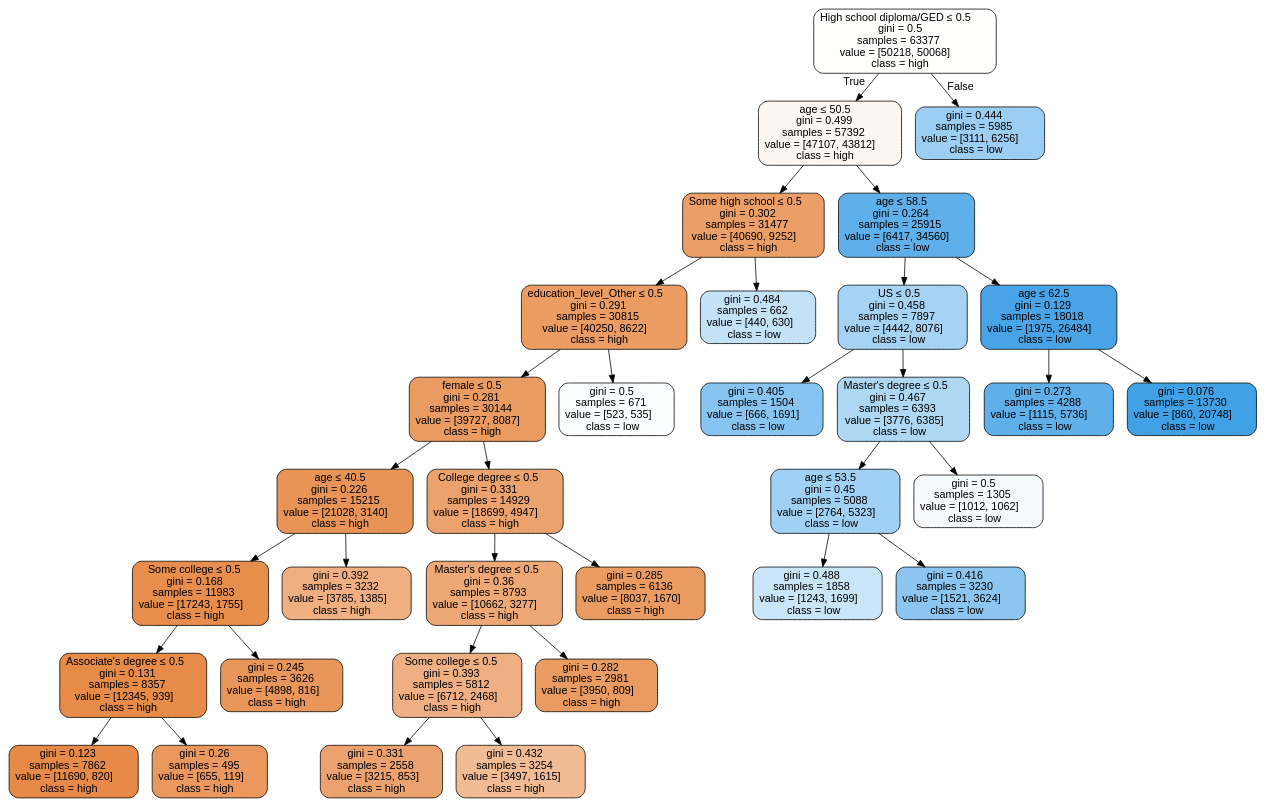
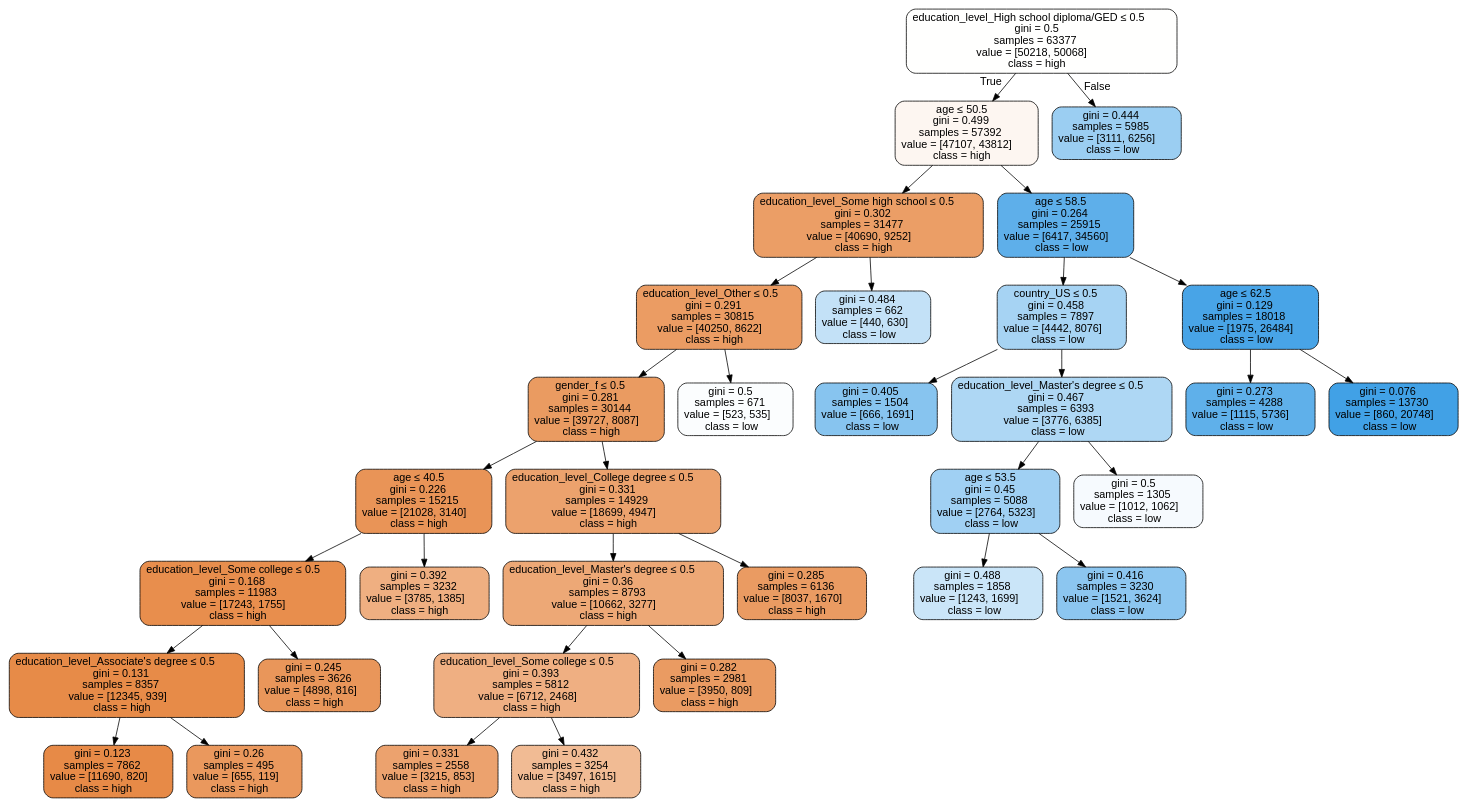
The diagram in figs/tree10.dot (shaangao/cog-pred), drawn with Graphviz before and after one commit. The commit also changed 13 other files, not shown here.

```diff
--- a/figs/tree10.dot
+++ b/figs/tree10.dot
@@ -1,69 +1,69 @@
 digraph Tree {
 node [shape=box, style="filled, rounded", color="black", fontname="helvetica"] ;
 edge [fontname="helvetica"] ;
-0 [label=<High school diploma/GED &le; 0.5<br/>gini = 0.5<br/>samples = 63377<br/>value = [50218, 50068]<br/>class = high>, fillcolor="#fffffe"] ;
+0 [label=<education_level_High school diploma/GED &le; 0.5<br/>gini = 0.5<br/>samples = 63377<br/>value = [50218, 50068]<br/>class = high>, fillcolor="#fffffe"] ;
 1 [label=<age &le; 50.5<br/>gini = 0.499<br/>samples = 57392<br/>value = [47107, 43812]<br/>class = high>, fillcolor="#fdf6f1"] ;
 0 -> 1 [labeldistance=2.5, labelangle=45, headlabel="True"] ;
-3 [label=<Some high school &le; 0.5<br/>gini = 0.302<br/>samples = 31477<br/>value = [40690, 9252]<br/>class = high>, fillcolor="#eb9e66"] ;
+3 [label=<education_level_Some high school &le; 0.5<br/>gini = 0.302<br/>samples = 31477<br/>value = [40690, 9252]<br/>class = high>, fillcolor="#eb9e66"] ;
 1 -> 3 ;
 7 [label=<education_level_Other &le; 0.5<br/>gini = 0.291<br/>samples = 30815<br/>value = [40250, 8622]<br/>class = high>, fillcolor="#eb9c63"] ;
 3 -> 7 ;
-9 [label=<female &le; 0.5<br/>gini = 0.281<br/>samples = 30144<br/>value = [39727, 8087]<br/>class = high>, fillcolor="#ea9b61"] ;
+9 [label=<gender_f &le; 0.5<br/>gini = 0.281<br/>samples = 30144<br/>value = [39727, 8087]<br/>class = high>, fillcolor="#ea9b61"] ;
 7 -> 9 ;
 13 [label=<age &le; 40.5<br/>gini = 0.226<br/>samples = 15215<br/>value = [21028, 3140]<br/>class = high>, fillcolor="#e99457"] ;
 9 -> 13 ;
-15 [label=<Some college &le; 0.5<br/>gini = 0.168<br/>samples = 11983<br/>value = [17243, 1755]<br/>class = high>, fillcolor="#e88e4d"] ;
+15 [label=<education_level_Some college &le; 0.5<br/>gini = 0.168<br/>samples = 11983<br/>value = [17243, 1755]<br/>class = high>, fillcolor="#e88e4d"] ;
 13 -> 15 ;
-23 [label=<Associate's degree &le; 0.5<br/>gini = 0.131<br/>samples = 8357<br/>value = [12345, 939]<br/>class = high>, fillcolor="#e78b48"] ;
+23 [label=<education_level_Associate's degree &le; 0.5<br/>gini = 0.131<br/>samples = 8357<br/>value = [12345, 939]<br/>class = high>, fillcolor="#e78b48"] ;
 15 -> 23 ;
 31 [label=<gini = 0.123<br/>samples = 7862<br/>value = [11690, 820]<br/>class = high>, fillcolor="#e78a47"] ;
 23 -> 31 ;
 32 [label=<gini = 0.26<br/>samples = 495<br/>value = [655, 119]<br/>class = high>, fillcolor="#ea985d"] ;
 23 -> 32 ;
 24 [label=<gini = 0.245<br/>samples = 3626<br/>value = [4898, 816]<br/>class = high>, fillcolor="#e9965a"] ;
 15 -> 24 ;
 16 [label=<gini = 0.392<br/>samples = 3232<br/>value = [3785, 1385]<br/>class = high>, fillcolor="#efaf81"] ;
 13 -> 16 ;
-14 [label=<College degree &le; 0.5<br/>gini = 0.331<br/>samples = 14929<br/>value = [18699, 4947]<br/>class = high>, fillcolor="#eca26d"] ;
+14 [label=<education_level_College degree &le; 0.5<br/>gini = 0.331<br/>samples = 14929<br/>value = [18699, 4947]<br/>class = high>, fillcolor="#eca26d"] ;
 9 -> 14 ;
-17 [label=<Master's degree &le; 0.5<br/>gini = 0.36<br/>samples = 8793<br/>value = [10662, 3277]<br/>class = high>, fillcolor="#eda876"] ;
+17 [label=<education_level_Master's degree &le; 0.5<br/>gini = 0.36<br/>samples = 8793<br/>value = [10662, 3277]<br/>class = high>, fillcolor="#eda876"] ;
 14 -> 17 ;
-19 [label=<Some college &le; 0.5<br/>gini = 0.393<br/>samples = 5812<br/>value = [6712, 2468]<br/>class = high>, fillcolor="#efaf82"] ;
+19 [label=<education_level_Some college &le; 0.5<br/>gini = 0.393<br/>samples = 5812<br/>value = [6712, 2468]<br/>class = high>, fillcolor="#efaf82"] ;
 17 -> 19 ;
 21 [label=<gini = 0.331<br/>samples = 2558<br/>value = [3215, 853]<br/>class = high>, fillcolor="#eca26e"] ;
 19 -> 21 ;
 22 [label=<gini = 0.432<br/>samples = 3254<br/>value = [3497, 1615]<br/>class = high>, fillcolor="#f1bb94"] ;
 19 -> 22 ;
 20 [label=<gini = 0.282<br/>samples = 2981<br/>value = [3950, 809]<br/>class = high>, fillcolor="#ea9b62"] ;
 17 -> 20 ;
 18 [label=<gini = 0.285<br/>samples = 6136<br/>value = [8037, 1670]<br/>class = high>, fillcolor="#ea9b62"] ;
 14 -> 18 ;
 10 [label=<gini = 0.5<br/>samples = 671<br/>value = [523, 535]<br/>class = low>, fillcolor="#fbfdfe"] ;
 7 -> 10 ;
 8 [label=<gini = 0.484<br/>samples = 662<br/>value = [440, 630]<br/>class = low>, fillcolor="#c3e1f7"] ;
 3 -> 8 ;
 4 [label=<age &le; 58.5<br/>gini = 0.264<br/>samples = 25915<br/>value = [6417, 34560]<br/>class = low>, fillcolor="#5eafea"] ;
 1 -> 4 ;
-5 [label=<US &le; 0.5<br/>gini = 0.458<br/>samples = 7897<br/>value = [4442, 8076]<br/>class = low>, fillcolor="#a6d3f3"] ;
+5 [label=<country_US &le; 0.5<br/>gini = 0.458<br/>samples = 7897<br/>value = [4442, 8076]<br/>class = low>, fillcolor="#a6d3f3"] ;
 4 -> 5 ;
 25 [label=<gini = 0.405<br/>samples = 1504<br/>value = [666, 1691]<br/>class = low>, fillcolor="#87c4ef"] ;
 5 -> 25 ;
-26 [label=<Master's degree &le; 0.5<br/>gini = 0.467<br/>samples = 6393<br/>value = [3776, 6385]<br/>class = low>, fillcolor="#aed7f4"] ;
+26 [label=<education_level_Master's degree &le; 0.5<br/>gini = 0.467<br/>samples = 6393<br/>value = [3776, 6385]<br/>class = low>, fillcolor="#aed7f4"] ;
 5 -> 26 ;
 27 [label=<age &le; 53.5<br/>gini = 0.45<br/>samples = 5088<br/>value = [2764, 5323]<br/>class = low>, fillcolor="#a0d0f3"] ;
 26 -> 27 ;
 29 [label=<gini = 0.488<br/>samples = 1858<br/>value = [1243, 1699]<br/>class = low>, fillcolor="#cae5f8"] ;
 27 -> 29 ;
 30 [label=<gini = 0.416<br/>samples = 3230<br/>value = [1521, 3624]<br/>class = low>, fillcolor="#8cc6f0"] ;
 27 -> 30 ;
 28 [label=<gini = 0.5<br/>samples = 1305<br/>value = [1012, 1062]<br/>class = low>, fillcolor="#f6fafe"] ;
 26 -> 28 ;
 6 [label=<age &le; 62.5<br/>gini = 0.129<br/>samples = 18018<br/>value = [1975, 26484]<br/>class = low>, fillcolor="#48a4e7"] ;
 4 -> 6 ;
 11 [label=<gini = 0.273<br/>samples = 4288<br/>value = [1115, 5736]<br/>class = low>, fillcolor="#5fb0ea"] ;
 6 -> 11 ;
 12 [label=<gini = 0.076<br/>samples = 13730<br/>value = [860, 20748]<br/>class = low>, fillcolor="#41a1e6"] ;
 6 -> 12 ;
 2 [label=<gini = 0.444<br/>samples = 5985<br/>value = [3111, 6256]<br/>class = low>, fillcolor="#9bcef2"] ;
 0 -> 2 [labeldistance=2.5, labelangle=-45, headlabel="False"] ;
 }
```
